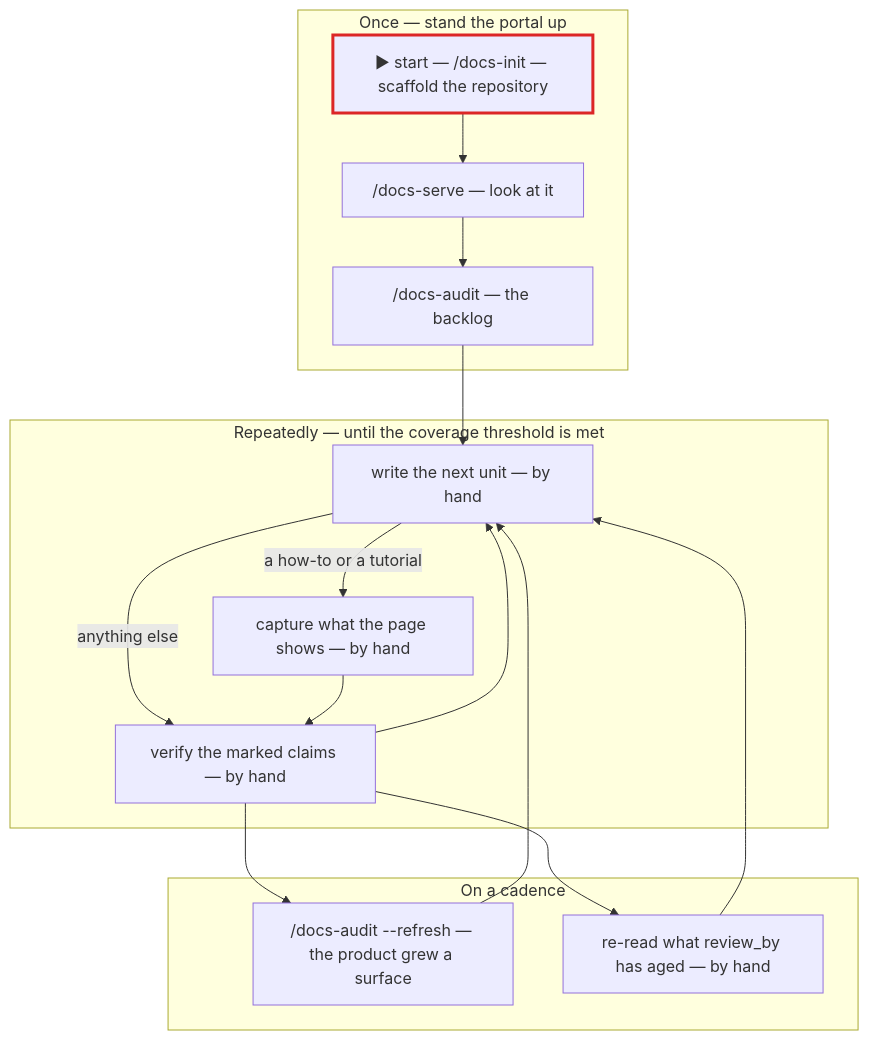
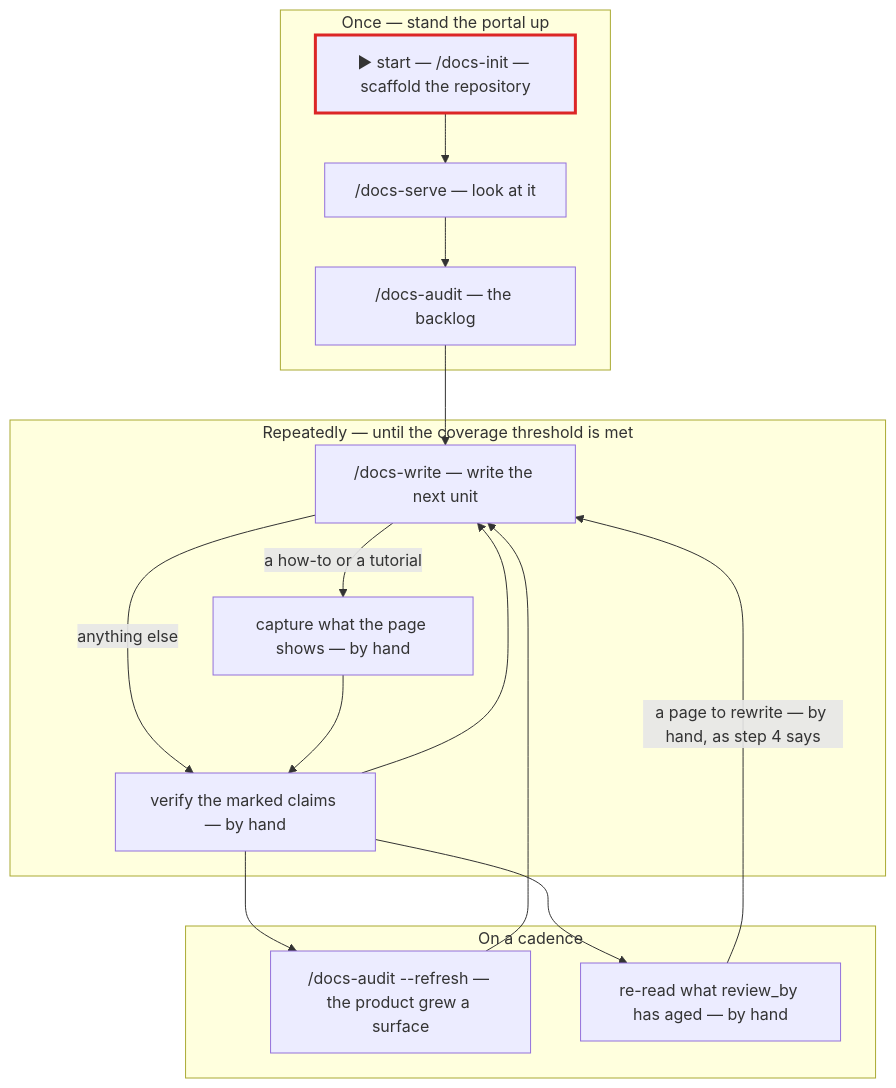
Before and after one commit to ihudak/ai-workflows: the diagram in plugins/docs-workflows/docs/docs-workflow.md, drawn with Mermaid. The commit also changed other lines of this file and 23 other files, not shown here.

````diff
--- a/plugins/docs-workflows/docs/docs-workflow.md
+++ b/plugins/docs-workflows/docs/docs-workflow.md
@@ -9,31 +9,31 @@
 ```mermaid
 flowchart TD
     subgraph ONCE["Once — stand the portal up"]
         INIT["▶ start — /docs-init — scaffold the repository"]
         SERVE["/docs-serve — look at it"]
         AUDIT["/docs-audit — the backlog"]
         INIT --> SERVE
         SERVE --> AUDIT
     end
     subgraph LOOP["Repeatedly — until the coverage threshold is met"]
-        WRITE["write the next unit — by hand"]
+        WRITE["/docs-write — write the next unit"]
         CAPTURE["capture what the page shows — by hand"]
         VERIFY["verify the marked claims — by hand"]
         WRITE -->|"a how-to or a tutorial"| CAPTURE
         WRITE -->|"anything else"| VERIFY
         CAPTURE --> VERIFY
         VERIFY --> WRITE
     end
     subgraph CADENCE["On a cadence"]
         REFRESH["/docs-audit --refresh — the product grew a surface"]
         ROT["re-read what review_by has aged — by hand"]
     end
     AUDIT --> WRITE
     VERIFY --> REFRESH
     VERIFY --> ROT
     REFRESH --> WRITE
-    ROT --> WRITE
+    ROT -->|"a page to rewrite — by hand, as step 4 says"| WRITE
 
     classDef entry stroke:#dc2626,stroke-width:3px
     class INIT entry
 ```
````
